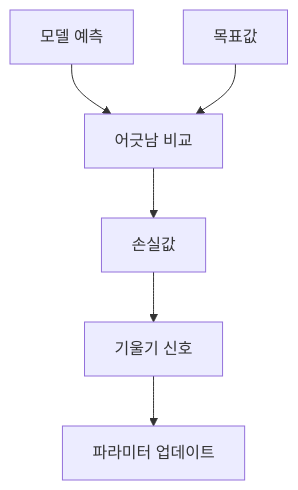
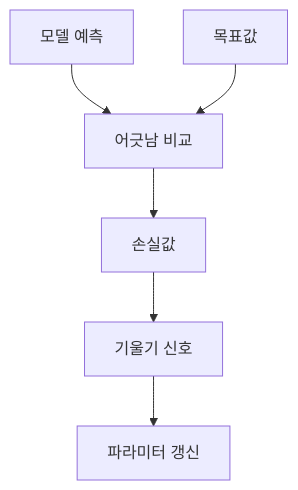
Before and after one commit to devchan64/AiBook: the diagram in docs/assets/part-05/chapter-04/loss-role-flow-ko.mmd, drawn with Mermaid. The commit also changed 105 other files, not shown here.

```diff
--- a/docs/assets/part-05/chapter-04/loss-role-flow-ko.mmd
+++ b/docs/assets/part-05/chapter-04/loss-role-flow-ko.mmd
@@ -1,13 +1,13 @@
 flowchart TD
   A["모델 예측"]
   B["목표값"]
   C["어긋남 비교"]
   D["손실값"]
   E["기울기 신호"]
-  F["파라미터 업데이트"]
+  F["파라미터 갱신"]
 
   A --> C
   B --> C
   C --> D
   D --> E
   E --> F
```
